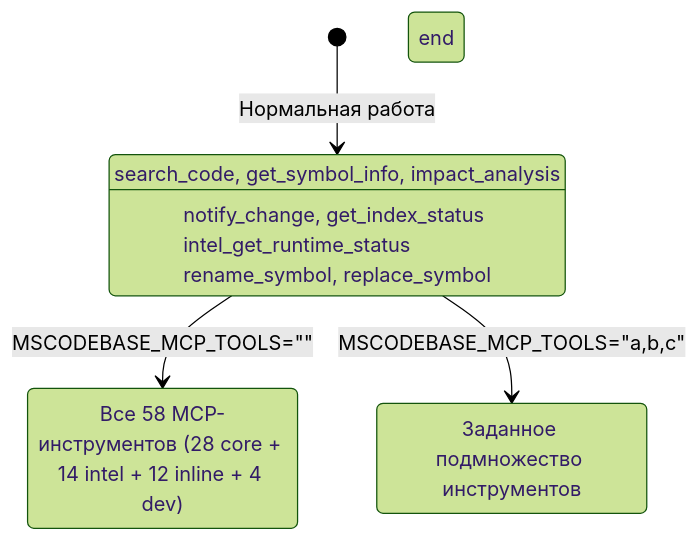
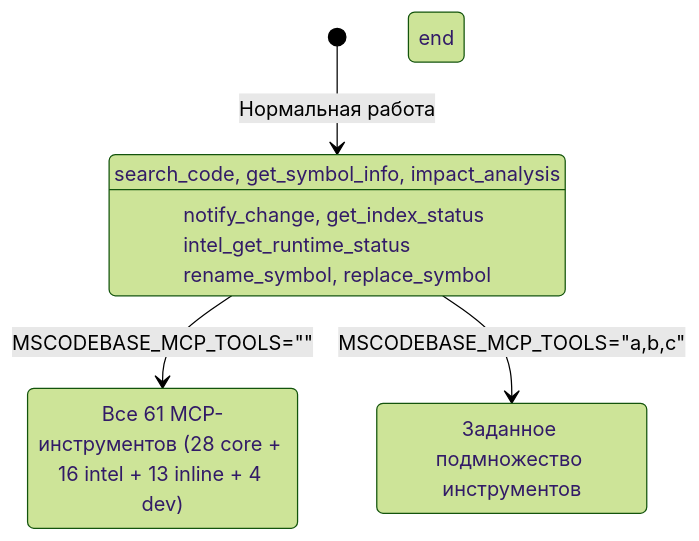
The third of 4 diagrams in docs/ru/GRACEFUL_DEGRADATION.md (ManSio/mscodebase-intelligence), drawn with Mermaid (forest theme) before and after one commit. The commit also changed 30 other files, not shown here.

````diff
--- a/docs/ru/GRACEFUL_DEGRADATION.md
+++ b/docs/ru/GRACEFUL_DEGRADATION.md
@@ -84,22 +84,22 @@
 ```mermaid
 stateDiagram-v2
     [*] --> DEFAULT_TOOLS: Нормальная работа
 
     state DEFAULT_TOOLS[Видимо: 12 инструментов]
         DEFAULT_TOOLS: search_code, get_symbol_info, impact_analysis
         DEFAULT_TOOLS: notify_change, get_index_status
         DEFAULT_TOOLS: intel_get_runtime_status
         DEFAULT_TOOLS: rename_symbol, replace_symbol
     end
 
     DEFAULT_TOOLS --> ALL_TOOLS: MSCODEBASE_MCP_TOOLS=""
     DEFAULT_TOOLS --> CUSTOM_TOOLS: MSCODEBASE_MCP_TOOLS="a,b,c"
 
-    state ALL_TOOLS[Видимо: 58 инструментов]
-        ALL_TOOLS: Все 58 MCP-инструментов (28 core + 14 intel + 12 inline + 4 dev)
+    state ALL_TOOLS[Видимо: 61 инструментов]
+        ALL_TOOLS: Все 61 MCP-инструментов (28 core + 16 intel + 13 inline + 4 dev)
     end
 
     state CUSTOM_TOOLS[Пользовательский выбор]
         CUSTOM_TOOLS: Заданное подмножество инструментов
     end
 ```
````
